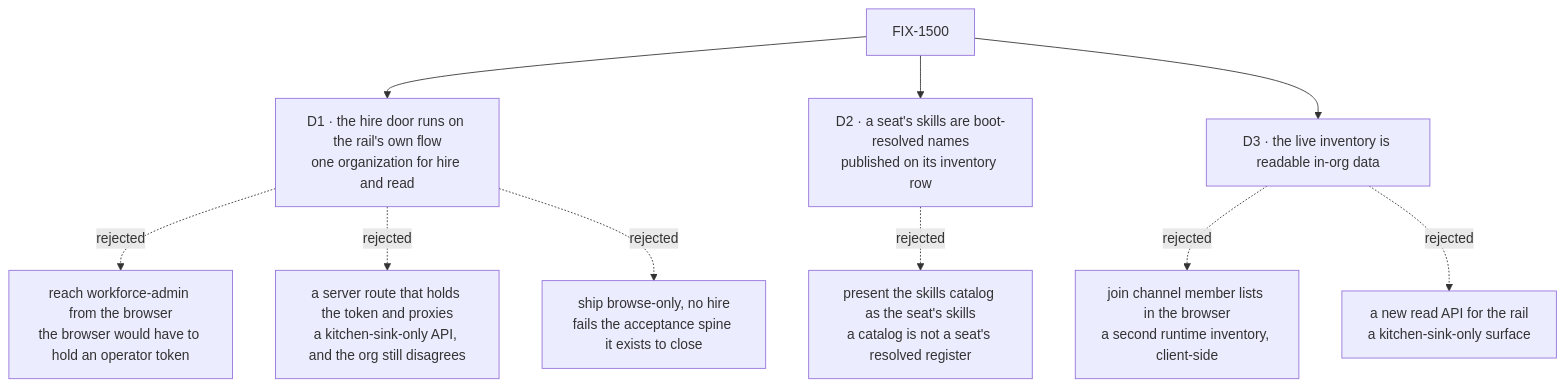
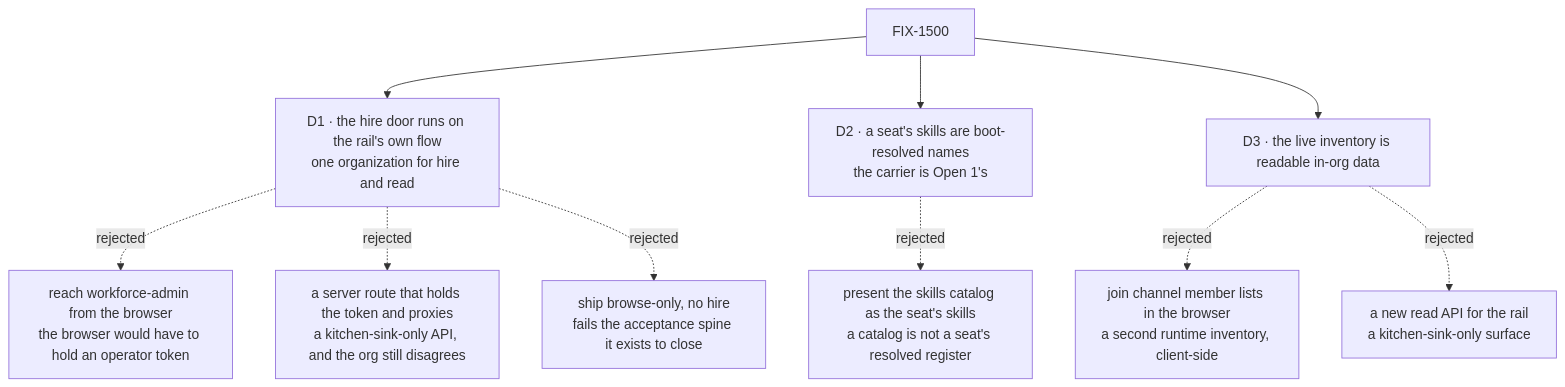
One commit to fixpoint-labs/flow-state-dev changed the diagram in specs/issues/FIX-1500/DECISIONS.md. Above: the diagram before and after it, drawn with Mermaid. The commit also changed other lines of this file and 5 other files, not shown here.

````diff
--- a/specs/issues/FIX-1500/DECISIONS.md
+++ b/specs/issues/FIX-1500/DECISIONS.md
@@ -15,12 +15,12 @@
 ```mermaid
 flowchart TD
   I["FIX-1500"] --> D1["D1 · the hire door runs on the rail's own flow<br/>one organization for hire and read"]
   D1 -.->|"rejected"| X1a["reach workforce-admin from the browser<br/>the browser would have to hold an operator token"]
   D1 -.->|"rejected"| X1b["a server route that holds the token and proxies<br/>a kitchen-sink-only API, and the org still disagrees"]
   D1 -.->|"rejected"| X1c["ship browse-only, no hire<br/>fails the acceptance spine it exists to close"]
-  I --> D2["D2 · a seat's skills are boot-resolved names<br/>published on its inventory row"]
+  I --> D2["D2 · a seat's skills are boot-resolved names<br/>the carrier is Open 1's"]
   D2 -.->|"rejected"| X2["present the skills catalog as the seat's skills<br/>a catalog is not a seat's resolved register"]
   I --> D3["D3 · the live inventory is readable in-org data"]
   D3 -.->|"rejected"| X3a["join channel member lists in the browser<br/>a second runtime inventory, client-side"]
   D3 -.->|"rejected"| X3b["a new read API for the rail<br/>a kitchen-sink-only surface"]
 ```
````
